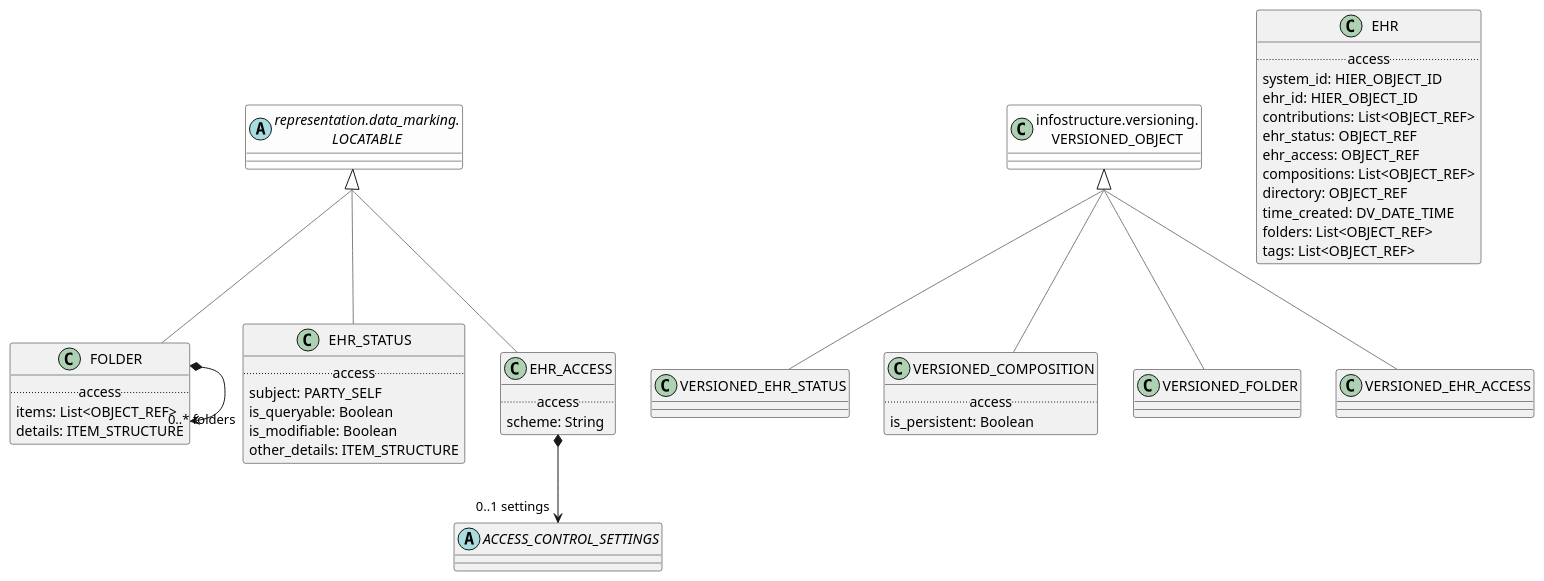
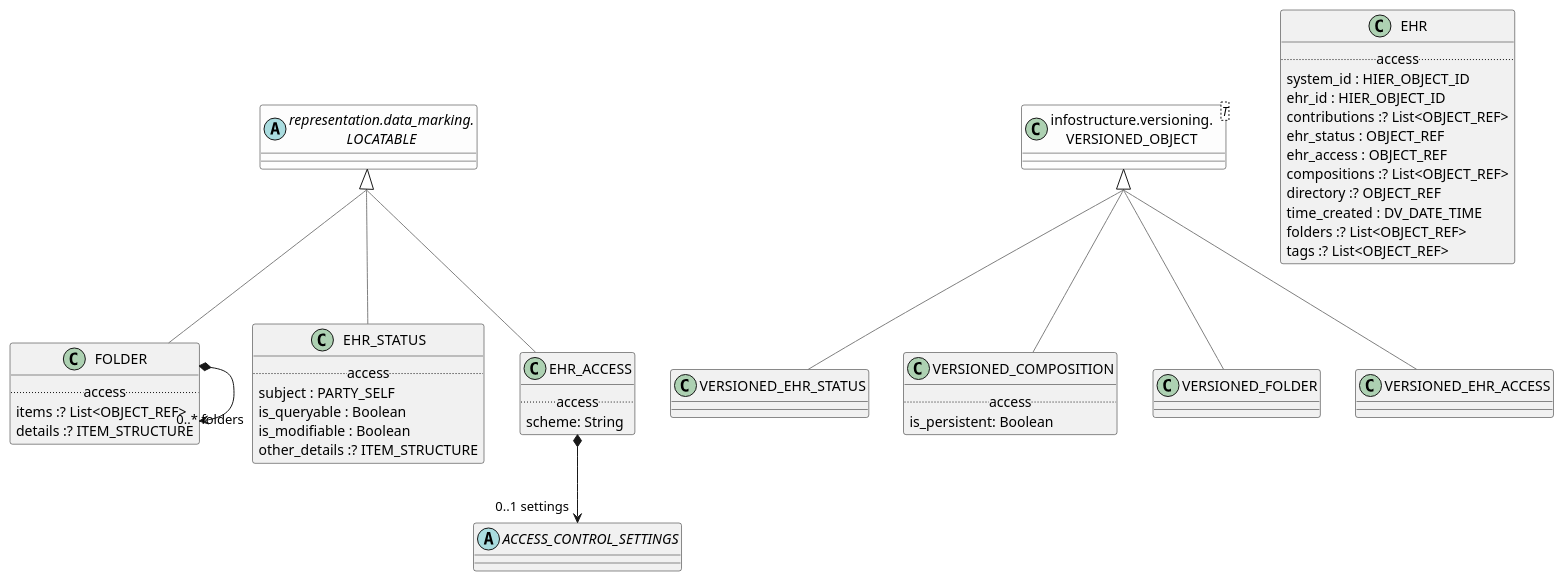
The diagram in modules/ROOT/examples/bmm/domain-healthcare/ehr/ehr-package-uml.adoc (wolandscat/openehr-doc), drawn with PlantUML before and after one commit. The commit also changed 1814 other files, not shown here.

```diff
--- a/modules/ROOT/examples/bmm/domain-healthcare/ehr/ehr-package-uml.adoc
+++ b/modules/ROOT/examples/bmm/domain-healthcare/ehr/ehr-package-uml.adoc
@@ -8,8 +8,8 @@
 
 class FOLDER [[/openehr-doc/latest/domain-healthcare/ehr-gen.html#_class_folder]] {
         .. access ..
-        items: List<OBJECT_REF>
-        details: ITEM_STRUCTURE
+        items :? List<OBJECT_REF>
+        details :? ITEM_STRUCTURE
 }
 
 FOLDER -[#gray]up-|> LOCATABLE  
@@ -39,10 +39,10 @@
 
 class EHR_STATUS [[/openehr-doc/latest/domain-healthcare/ehr-gen.html#_class_ehr_status]] {
         .. access ..
-        subject: PARTY_SELF
-        is_queryable: Boolean
-        is_modifiable: Boolean
-        other_details: ITEM_STRUCTURE
+        subject : PARTY_SELF
+        is_queryable : Boolean
+        is_modifiable : Boolean
+        other_details :? ITEM_STRUCTURE
 }
 
 EHR_STATUS -[#gray]up-|> LOCATABLE  
@@ -56,18 +56,17 @@
 
 class EHR [[/openehr-doc/latest/domain-healthcare/ehr-gen.html#_class_ehr]] {
         .. access ..
-        system_id: HIER_OBJECT_ID
-        ehr_id: HIER_OBJECT_ID
-        contributions: List<OBJECT_REF>
-        ehr_status: OBJECT_REF
-        ehr_access: OBJECT_REF
-        compositions: List<OBJECT_REF>
-        directory: OBJECT_REF
-        time_created: DV_DATE_TIME
-        folders: List<OBJECT_REF>
-        tags: List<OBJECT_REF>
+        system_id : HIER_OBJECT_ID
+        ehr_id : HIER_OBJECT_ID
+        contributions :? List<OBJECT_REF>
+        ehr_status : OBJECT_REF
+        ehr_access : OBJECT_REF
+        compositions :? List<OBJECT_REF>
+        directory :? OBJECT_REF
+        time_created : DV_DATE_TIME
+        folders :? List<OBJECT_REF>
+        tags :? List<OBJECT_REF>
 }
-
 
 class EHR_ACCESS [[/openehr-doc/latest/domain-healthcare/ehr-gen.html#_class_ehr_access]] {
         .. access ..
@@ -81,10 +80,9 @@
 
 abstract class ACCESS_CONTROL_SETTINGS [[/openehr-doc/latest/domain-healthcare/ehr-gen.html#_class_access_control_settings]] {
 }
-
 abstract class "representation.data_marking.\nLOCATABLE" as LOCATABLE  [[/openehr-doc/latest/representation/data_marking-gen.html#_class_locatable]] #FDFDFD {
 }
-class "infostructure.versioning.\nVERSIONED_OBJECT" as VERSIONED_OBJECT  [[/openehr-doc/latest/infostructure/versioning-gen.html#_class_versioned_object]] #FDFDFD {
+class "infostructure.versioning.\nVERSIONED_OBJECT<T>" as VERSIONED_OBJECT<T>  [[/openehr-doc/latest/infostructure/versioning-gen.html#_class_versioned_object]] #FDFDFD {
 }
 
 ....
```
